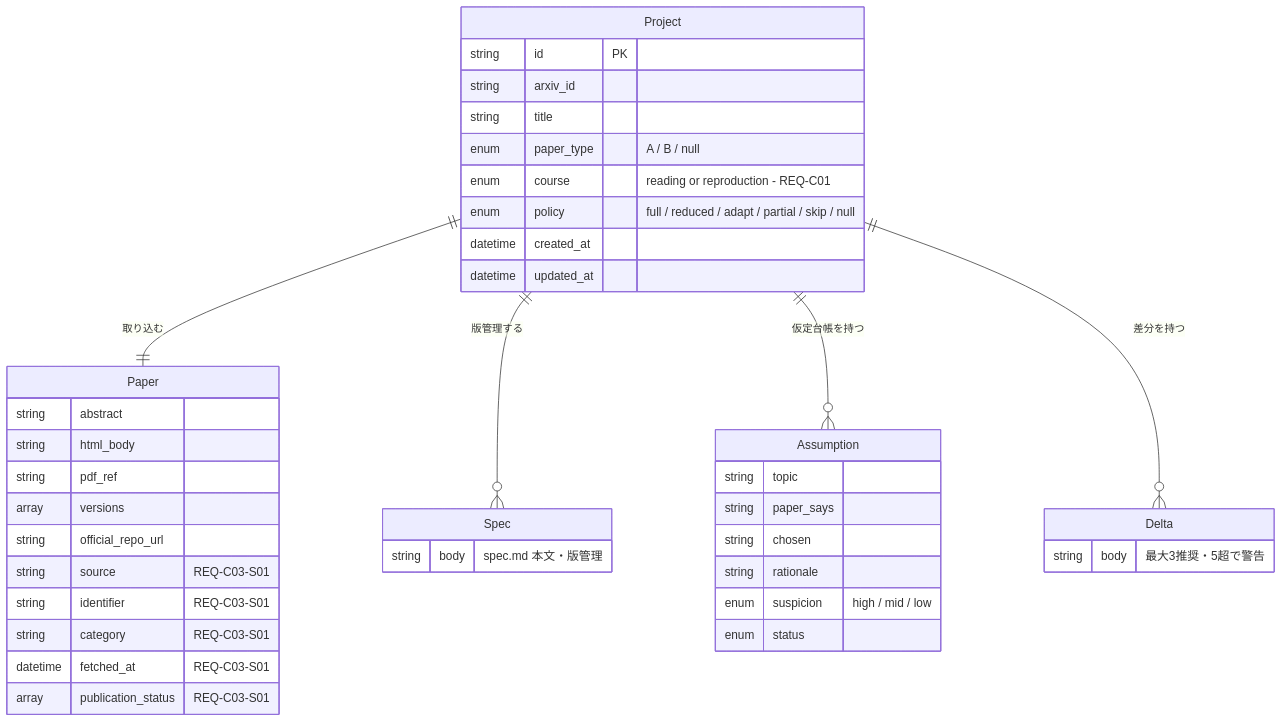
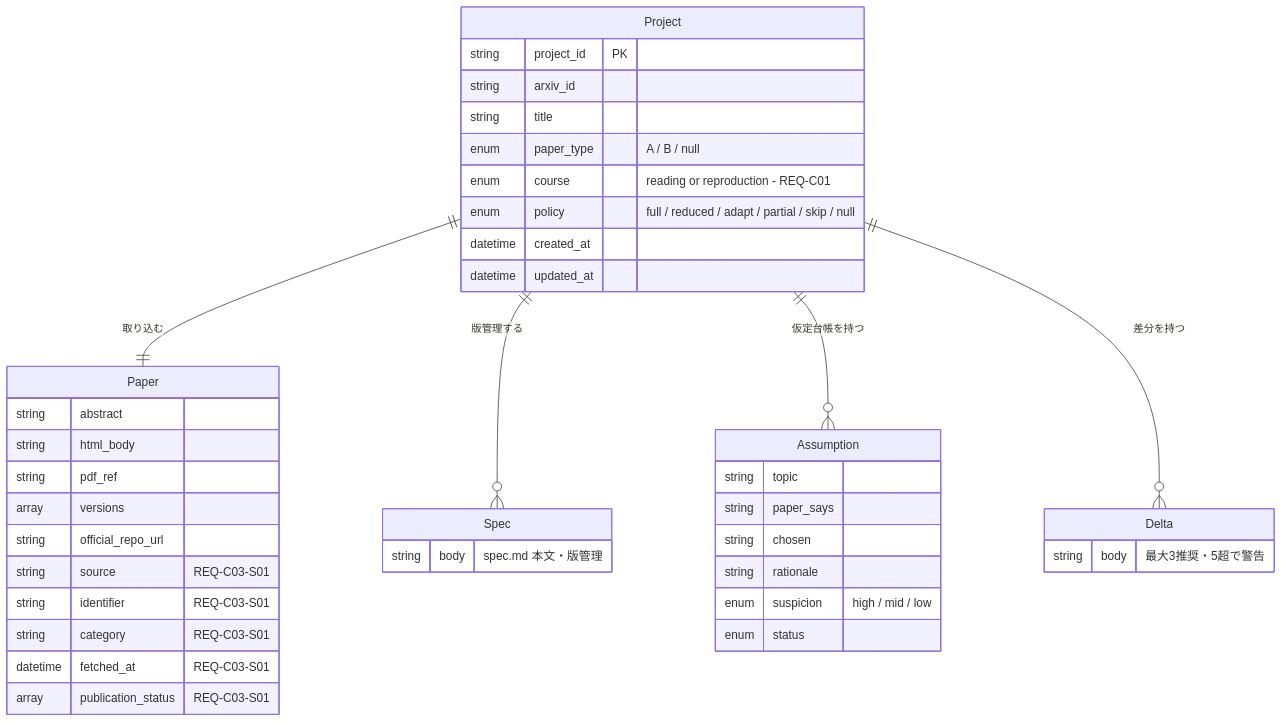
The second of 5 diagrams in docs/requirements.md (ChestnutForest/paper-repro), drawn with Mermaid before and after one commit. The commit also changed other lines of this file and 5 other files, not shown here.

````diff
--- a/docs/requirements.md
+++ b/docs/requirements.md
@@ -424,45 +424,45 @@
 ```mermaid
 %%{init: {'er': {'fontSize': 16}, 'themeVariables': {'fontFamily': 'Segoe UI, Helvetica, Arial, sans-serif', 'fontSize': '16px'}}}%%
 erDiagram
     Project ||--|| Paper : "取り込む"
     Project ||--o{ Spec : "版管理する"
     Project ||--o{ Assumption : "仮定台帳を持つ"
     Project ||--o{ Delta : "差分を持つ"
 
     Project {
-        string id PK
+        string project_id PK
         string arxiv_id
         string title
         enum paper_type "A / B / null"
         enum course "reading or reproduction - REQ-C01"
         enum policy "full / reduced / adapt / partial / skip / null"
         datetime created_at
         datetime updated_at
     }
     Paper {
         string abstract
         string html_body
         string pdf_ref
         array versions
         string official_repo_url
         string source "REQ-C03-S01"
         string identifier "REQ-C03-S01"
         string category "REQ-C03-S01"
         datetime fetched_at "REQ-C03-S01"
         array publication_status "REQ-C03-S01"
     }
     Spec {
         string body "spec.md 本文・版管理"
     }
     Assumption {
         string topic
         string paper_says
         string chosen
         string rationale
         enum suspicion "high / mid / low"
         enum status
     }
     Delta {
         string body "最大3推奨・5超で警告"
     }
 ```
````
